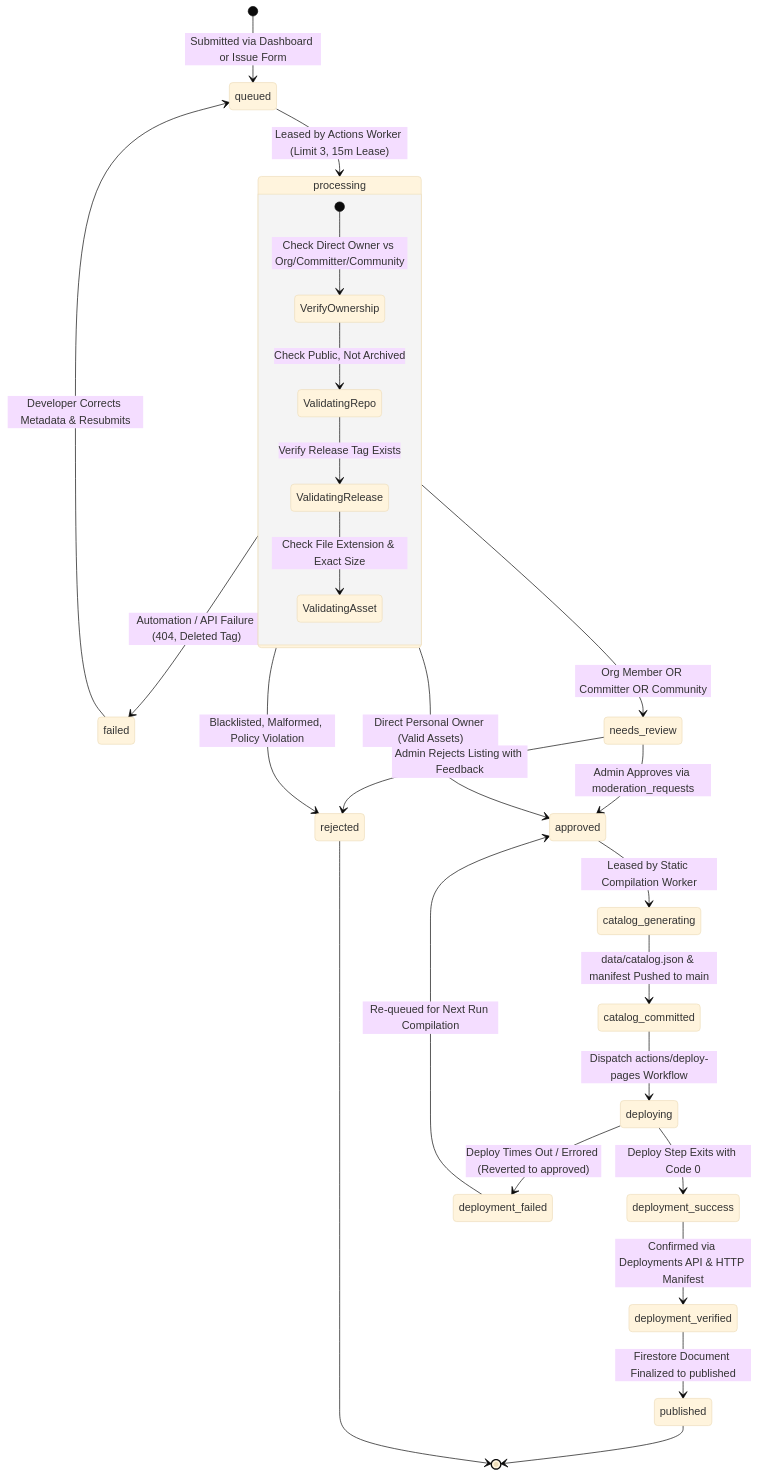
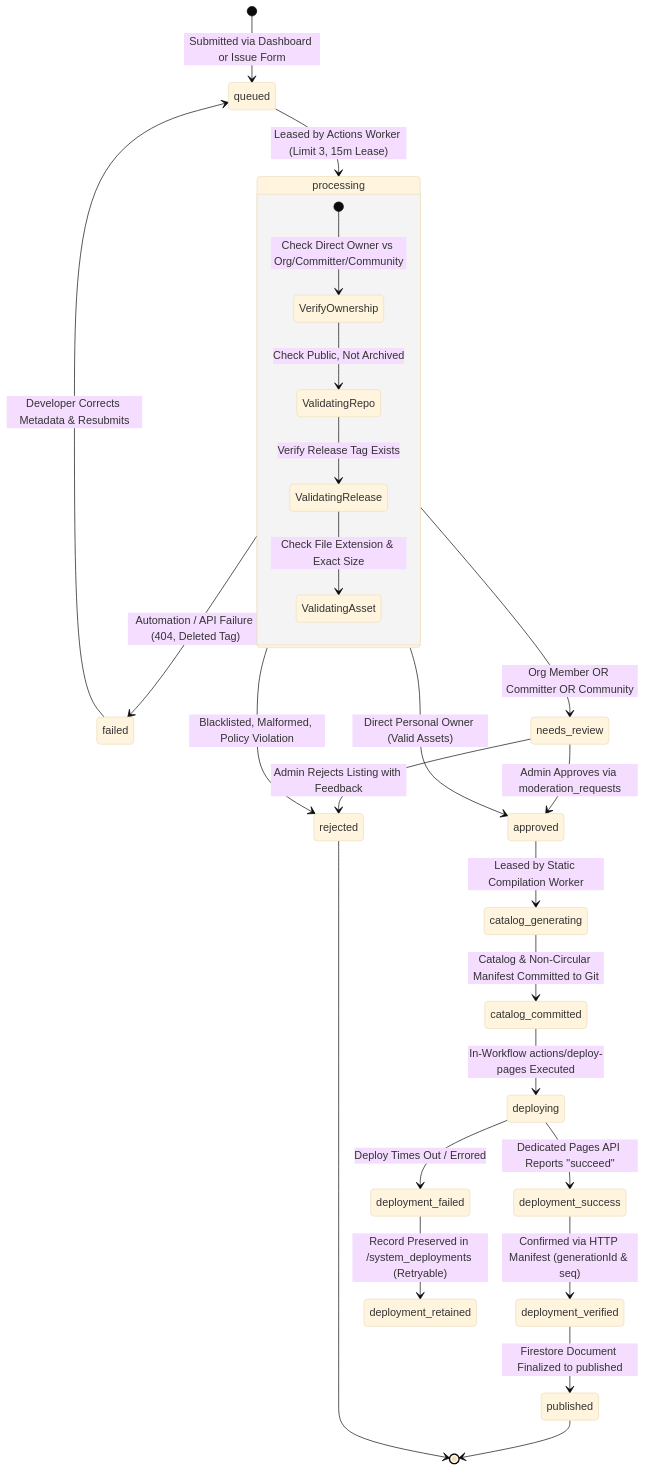
The first of 2 diagrams in docs/SUBMISSION_PIPELINE.md (Rohitpvt/GitStore), drawn with Mermaid (base theme) before and after one commit. The commit also changed other lines of this file and 13 other files, not shown here.

Commit message:
chore(phase-0.1.3): deployment integrity, admin bootstrap, workflow security and non-circular manifest hardening

````diff
--- a/docs/SUBMISSION_PIPELINE.md
+++ b/docs/SUBMISSION_PIPELINE.md
@@ -26,33 +27,33 @@
 ```mermaid
 stateDiagram-v2
     [*] --> queued: Submitted via Dashboard or Issue Form
     queued --> processing: Leased by Actions Worker (Limit 3, 15m Lease)
     
     state processing {
         [*] --> VerifyOwnership: Check Direct Owner vs Org/Committer/Community
         VerifyOwnership --> ValidatingRepo: Check Public, Not Archived
         ValidatingRepo --> ValidatingRelease: Verify Release Tag Exists
         ValidatingRelease --> ValidatingAsset: Check File Extension & Exact Size
     }
 
     processing --> failed: Automation / API Failure (404, Deleted Tag)
     processing --> rejected: Blacklisted, Malformed, Policy Violation
     
     processing --> needs_review: Org Member OR Committer OR Community
     processing --> approved: Direct Personal Owner (Valid Assets)
     
     needs_review --> approved: Admin Approves via moderation_requests
     needs_review --> rejected: Admin Rejects Listing with Feedback
     
     approved --> catalog_generating: Leased by Static Compilation Worker
-    catalog_generating --> catalog_committed: data/catalog.json & manifest Pushed to main
-    catalog_committed --> deploying: Dispatch actions/deploy-pages Workflow
-    deploying --> deployment_success: Deploy Step Exits with Code 0
-    deployment_success --> deployment_verified: Confirmed via Deployments API & HTTP Manifest
+    catalog_generating --> catalog_committed: Catalog & Non-Circular Manifest Committed to Git
+    catalog_committed --> deploying: In-Workflow actions/deploy-pages Executed
+    deploying --> deployment_success: Dedicated Pages API Reports "succeed"
+    deployment_success --> deployment_verified: Confirmed via HTTP Manifest (generationId & seq)
     deployment_verified --> published: Firestore Document Finalized to published
-    deploying --> deployment_failed: Deploy Times Out / Errored (Reverted to approved)
-    deployment_failed --> approved: Re-queued for Next Run Compilation
+    deploying --> deployment_failed: Deploy Times Out / Errored
+    deployment_failed --> deployment_retained: Record Preserved in /system_deployments (Retryable)
     published --> [*]
     failed --> queued: Developer Corrects Metadata & Resubmits
     rejected --> [*]
 ```
````
